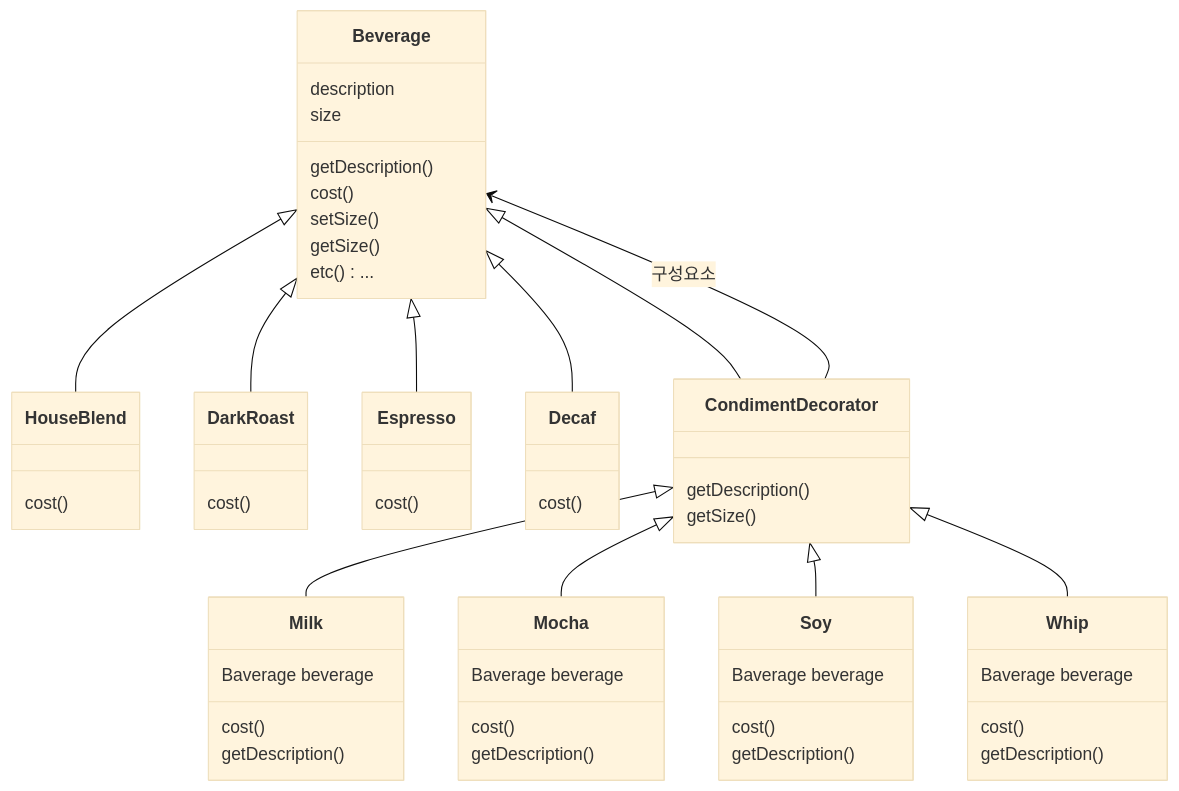
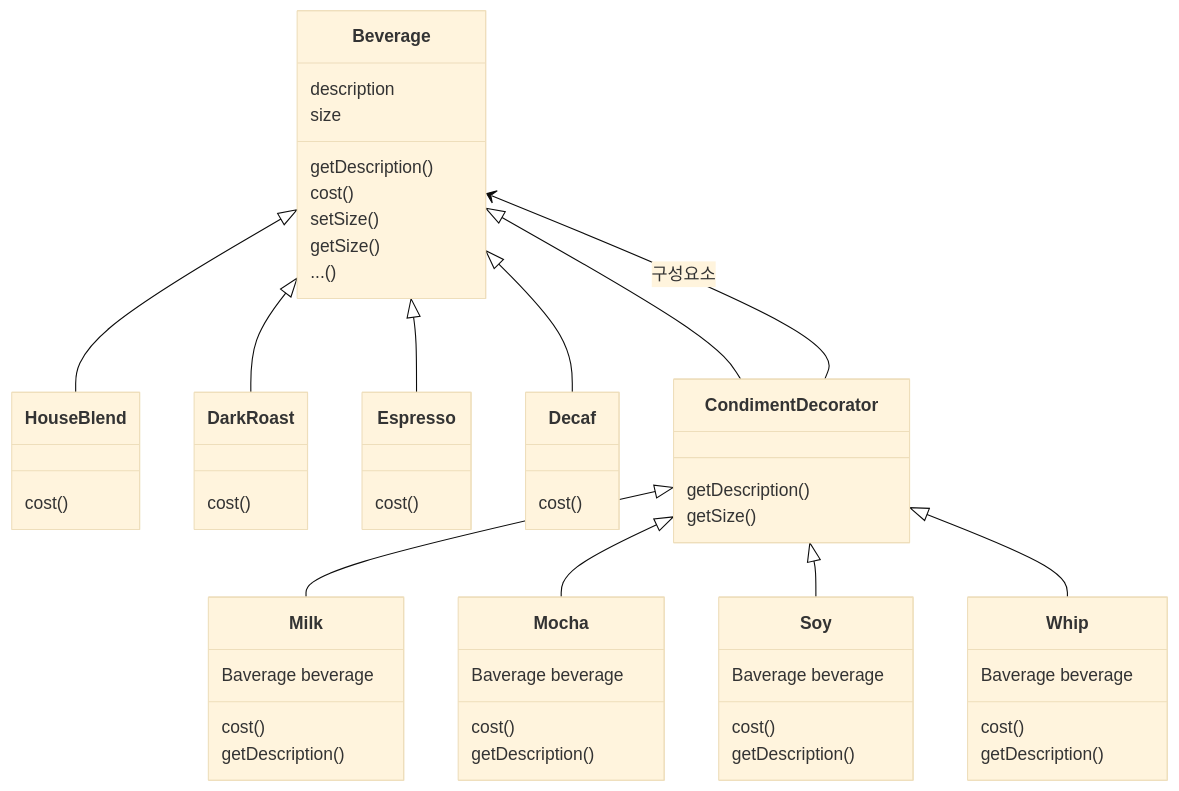
The second of 2 diagrams in design/design-pattern/decorator-pattern.md (choesimin/choesimin.github.io), drawn with Mermaid (base theme) before and after one commit. The commit also changed other lines of this file and 6 other files, not shown here.

````diff
--- a/design/design-pattern/decorator-pattern.md
+++ b/design/design-pattern/decorator-pattern.md
@@ -91,71 +91,71 @@
 ```mermaid
 classDiagram
 
 class Beverage {
     description
     size
     getDescription()
     cost()
     setSize()
     getSize()
-    etc() ...
+    ...()
 }
 
 class HouseBlend {
     cost()
 }
 
 class DarkRoast {
     cost()
 }
 
 class Espresso {
     cost()
 }
 
 class Decaf {
     cost()
 }
 
 class CondimentDecorator {
     getDescription()
     getSize()
 }
 
 class Milk {
     Baverage beverage
     cost()
     getDescription()
 }
 
 class Mocha {
     Baverage beverage
     cost()
     getDescription()
 }
 
 class Soy {
     Baverage beverage
     cost()
     getDescription()
 }
 
 class Whip {
     Baverage beverage
     cost()
     getDescription()
 }
 
 Beverage <|-- HouseBlend
 Beverage <|-- DarkRoast
 Beverage <|-- Espresso
 Beverage <|-- Decaf
 
 Beverage <|-- CondimentDecorator
 Beverage <-- CondimentDecorator : 구성요소
 
 CondimentDecorator <|-- Milk
 CondimentDecorator <|-- Mocha
 CondimentDecorator <|-- Soy
 CondimentDecorator <|-- Whip
 ```
````
